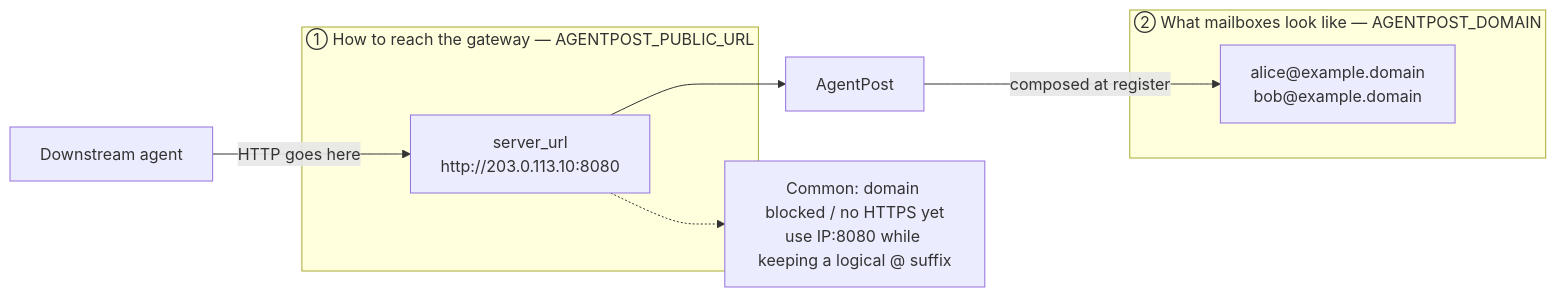
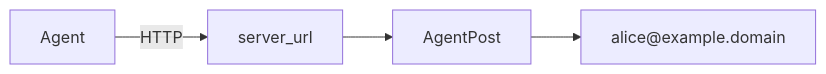
The second of 3 diagrams in README.en.md (TBodyAltra/AgentPost), drawn with Mermaid before and after one commit. The commit also changed other lines of this file and 1 other file, not shown here.

First line of the commit message:
docs: streamline README, add roadmap, de-emphasize rate limits

````diff
--- a/README.en.md
+++ b/README.en.md
@@ -58,17 +54,6 @@
 ```mermaid
 flowchart LR
-  subgraph how["① How to reach the gateway — AGENTPOST_PUBLIC_URL"]
-    URL["server_url\nhttp://203.0.113.10:8080"]
-  end
-
-  subgraph what["② What mailboxes look like — AGENTPOST_DOMAIN"]
-    MAIL["alice@example.domain\nbob@example.domain"]
-  end
-
-  AG["Downstream agent"] -->|"HTTP goes here"| URL
-  URL --> GW2["AgentPost"]
-  GW2 -->|"composed at register"| MAIL
-
-  NOTE["Common: domain blocked / no HTTPS yet\nuse IP:8080 while keeping a logical @ suffix"]
-  URL -.-> NOTE
+  AG["Agent"] -->|"HTTP"| URL["server_url"]
+  URL --> GW["AgentPost"]
+  GW --> MAIL["alice@example.domain"]
 ```
````
